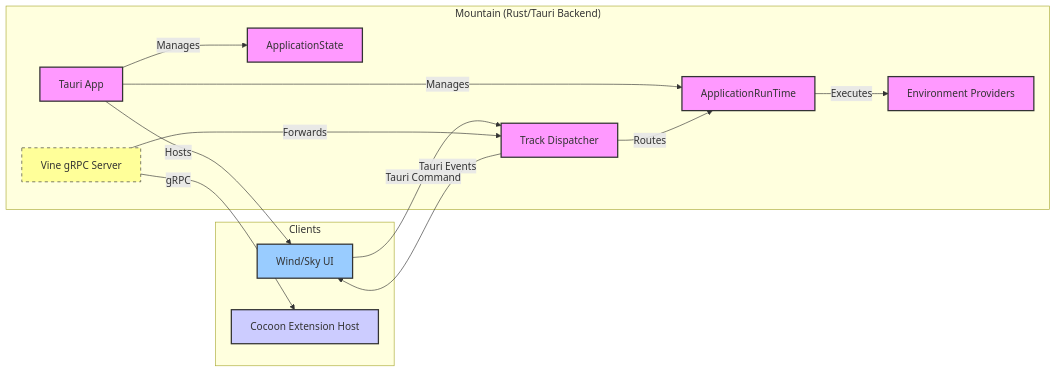
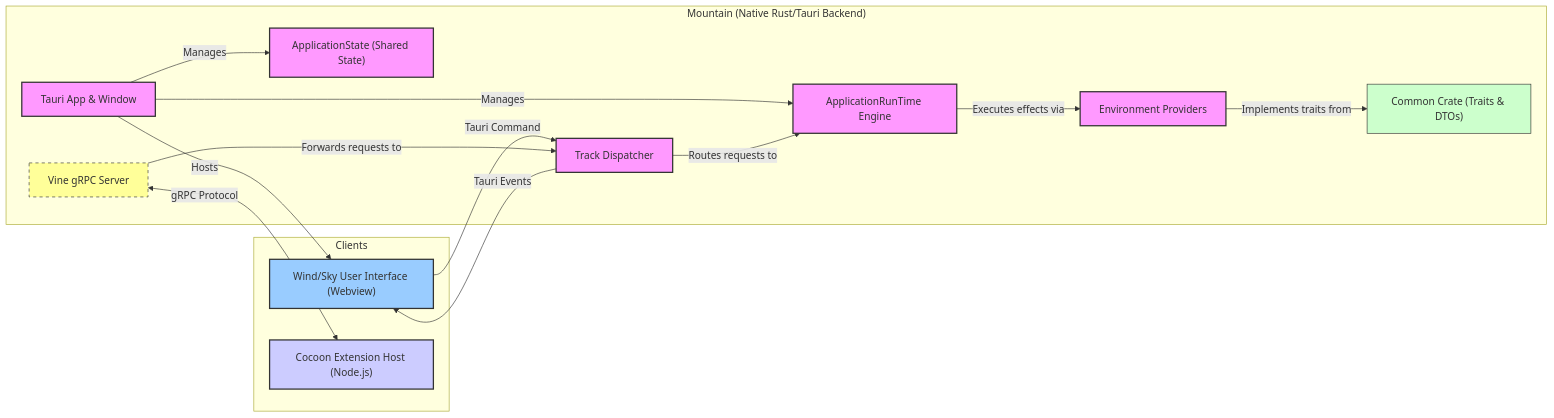
The diagram in README.md (CodeEditorLand/Mountain), drawn with Mermaid before and after one commit. The commit also changed other lines of this file, not shown here.

First line of the commit message:
docs(Mountain): restructure and expand README with comprehensive documentation

````diff
--- a/README.md
+++ b/README.md
@@ -115,32 +146,37 @@
 ```mermaid
 graph LR
-    classDef Mountain fill:#f9f,stroke:#333,stroke-width:2px
-    classDef Cocoon fill:#ccf,stroke:#333,stroke-width:2px
-    classDef Wind fill:#9cf,stroke:#333,stroke-width:2px
-    classDef Common fill:#cfc,stroke:#333,stroke-width:1px
-    classDef IPC fill:#ff9,stroke:#333,stroke-width:1px,stroke-dasharray: 5 5
+    classDef Mountain fill:#f9f,stroke:#333,stroke-width:2px;
+    classDef Cocoon fill:#ccf,stroke:#333,stroke-width:2px;
+    classDef Wind fill:#9cf,stroke:#333,stroke-width:2px;
+    classDef Common fill:#cfc,stroke:#333,stroke-width:1px;
+    classDef IPC fill:#ff9,stroke:#333,stroke-width:1px,stroke-dasharray: 5 5;
 
-    subgraph "Mountain (Rust/Tauri Backend)"
-        TauriRuntime[Tauri App]:::Mountain
-        ApplicationRunTime[ApplicationRunTime]:::Mountain
-        ApplicationState[ApplicationState]:::Mountain
+    subgraph "Mountain (Native Rust/Tauri Backend)"
+        TauriRuntime[Tauri App & Window]:::Mountain
+        ApplicationRunTime[ApplicationRunTime Engine]:::Mountain
+        ApplicationState["ApplicationState (Shared State)"]:::Mountain
         TrackDispatcher[Track Dispatcher]:::Mountain
         VinegRPC[Vine gRPC Server]:::IPC
         EnvironmentProviders[Environment Providers]:::Mountain
+        CommonCrate["Common Crate (Traits & DTOs)"]:::Common
+
+        TauriRuntime -- Manages --> ApplicationState
+        TauriRuntime -- Manages --> ApplicationRunTime
+        ApplicationRunTime -- Executes effects via --> EnvironmentProviders
+        TrackDispatcher -- Routes requests to --> ApplicationRunTime
     end
 
     subgraph "Clients"
-        WindUI[Wind/Sky UI]:::Wind
-        CocoonSideCar[Cocoon Extension Host]:::Cocoon
+        WindUI["Wind/Sky User Interface (Webview)"]:::Wind
+        CocoonSideCar["Cocoon Extension Host (Node.js)"]:::Cocoon
     end
 
-    TauriRuntime -- Manages --> ApplicationState
-    TauriRuntime -- Manages --> ApplicationRunTime
-    ApplicationRunTime -- Executes --> EnvironmentProviders
-    TrackDispatcher -- Routes --> ApplicationRunTime
     TauriRuntime -- Hosts --> WindUI
     WindUI -- Tauri Command --> TrackDispatcher
     TrackDispatcher -- Tauri Events --> WindUI
-    VinegRPC -- gRPC --> CocoonSideCar
-    VinegRPC -- Forwards --> TrackDispatcher
+
+    VinegRPC -- gRPC Protocol <--> CocoonSideCar
+    VinegRPC -- Forwards requests to --> TrackDispatcher
+
+    EnvironmentProviders -- Implements traits from --> CommonCrate
 ```
````
